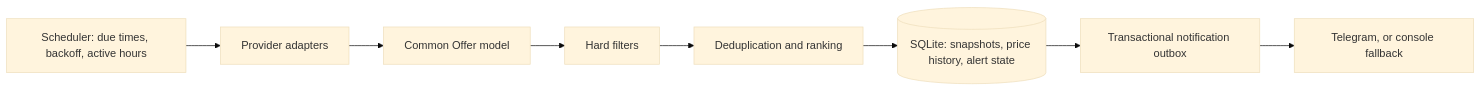
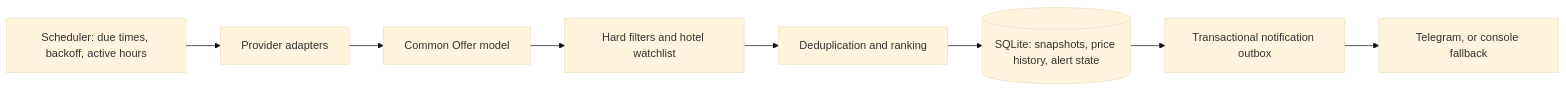
Before and after one commit to MonikaStrzelec/travel-deal-agent: the diagram in README.md, drawn with Mermaid (base theme). The commit also changed other lines of this file and 5 other files, not shown here.

````diff
--- a/README.md
+++ b/README.md
@@ -52,10 +56,10 @@
 ```mermaid
 flowchart LR
     Scheduler[Scheduler: due times, backoff, active hours] --> Providers[Provider adapters]
     Providers --> Offer[Common Offer model]
-    Offer --> Filters[Hard filters]
+    Offer --> Filters[Hard filters and hotel watchlist]
     Filters --> Ranking[Deduplication and ranking]
     Ranking --> SQLite[(SQLite: snapshots, price history, alert state)]
     SQLite --> Outbox[Transactional notification outbox]
     Outbox --> Notifier[Telegram, or console fallback]
 ```
````
